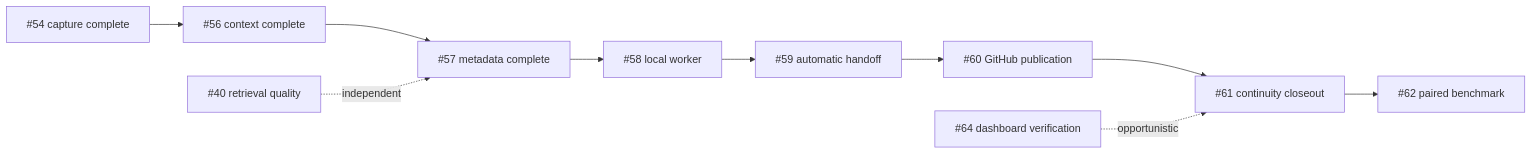
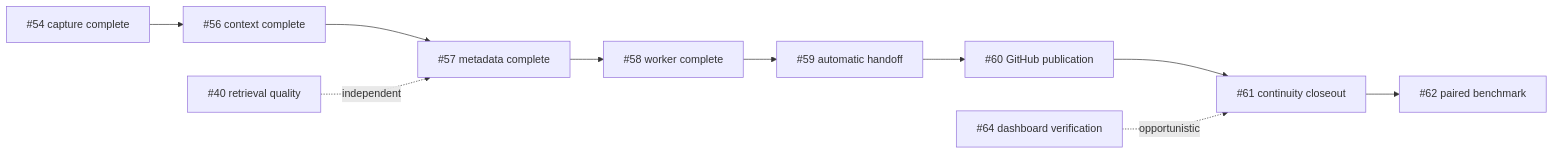
Before and after one commit to vib28/ai-memory-hub: the diagram in docs/issue-priority-order.md, drawn with Mermaid. The commit also changed other lines of this file and 19 other files, not shown here.

````diff
--- a/docs/issue-priority-order.md
+++ b/docs/issue-priority-order.md
@@ -9,12 +9,12 @@
 ```mermaid
 flowchart LR
     P["#54 capture complete"] --> A["#56 context complete"]
     A --> B["#57 metadata complete"]
-    B --> C["#58 local worker"]
+    B --> C["#58 worker complete"]
     C --> D["#59 automatic handoff"]
     D --> E["#60 GitHub publication"]
     E --> F["#61 continuity closeout"]
     F --> G["#62 paired benchmark"]
     I["#40 retrieval quality"] -. independent .-> B
     J["#64 dashboard verification"] -. opportunistic .-> F
 ```
````
